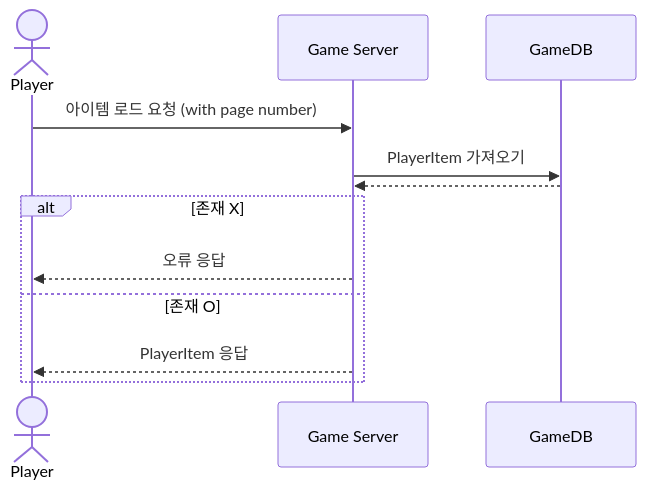
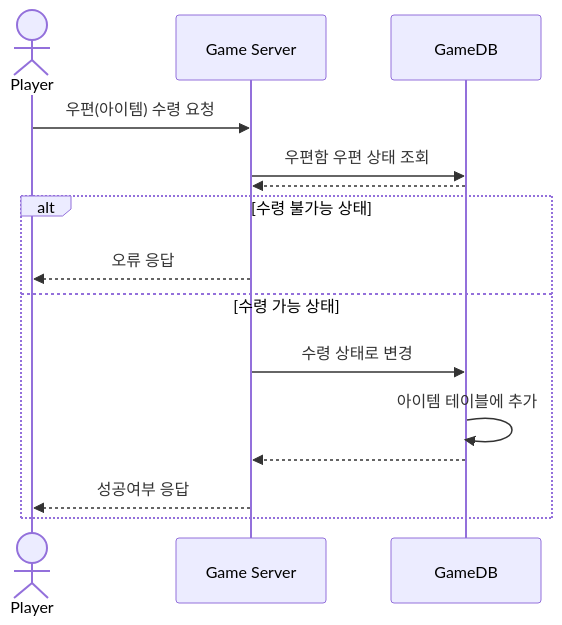
Before and after one commit to yujinS0/Omok-Game: the third of 3 diagrams in SequenceDiagram/MailBox.md, drawn with Mermaid. The commit also changed other lines of this file, not shown here.

````diff
--- a/SequenceDiagram/MailBox.md
+++ b/SequenceDiagram/MailBox.md
@@ -54,15 +50,19 @@
 ```mermaid
 sequenceDiagram
 	actor Player
 	participant Game Server
-  participant GameDB
+  	participant GameDB
 
-	Player ->> Game Server : 아이템 로드 요청 (with page number)
-	Game Server ->> GameDB : PlayerItem 가져오기
+	Player ->> Game Server : 우편(아이템) 수령 요청
+	Game Server ->> GameDB : 우편함 우편 상태 조회
 	GameDB -->> Game Server : 
-	alt 존재 X
+	alt 수령 불가능 상태
 		Game Server -->> Player : 오류 응답
-	else 존재 O
-		Game Server -->> Player : PlayerItem 응답
+	else 수령 가능 상태
+		Game Server ->> GameDB : 수령 상태로 변경
+		GameDB ->> GameDB : 아이템 테이블에 추가
+		GameDB -->> Game Server : 
+		
+		Game Server -->> Player : 성공여부 응답
 	end
 ```
````
